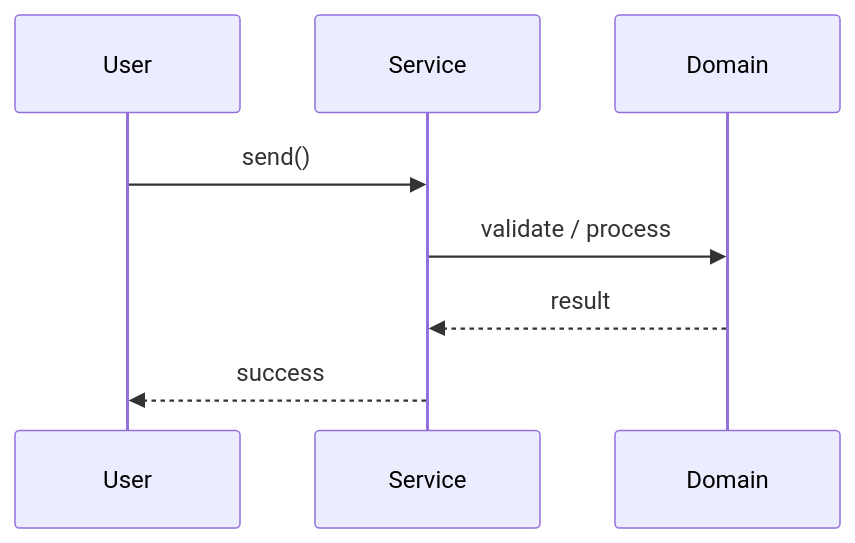
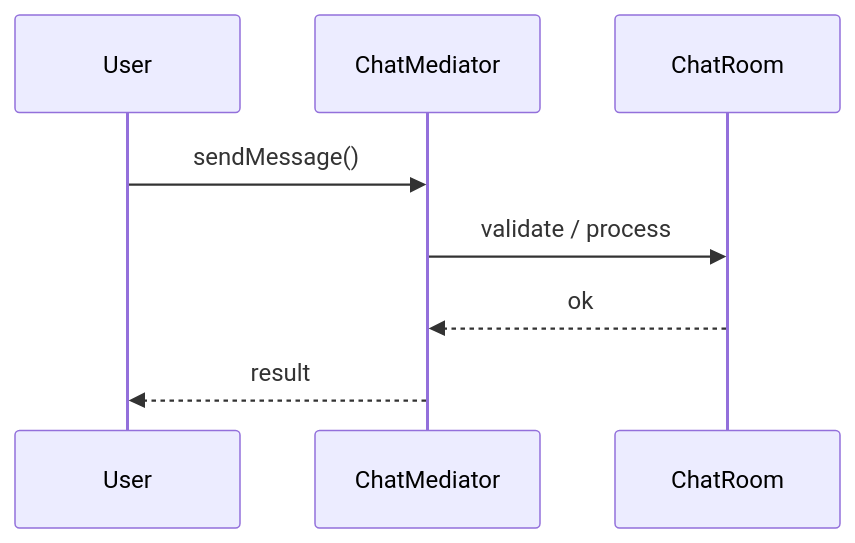
The second of 3 diagrams in Learn/System Design - Low Level Design/03-design-patterns/questions/Q19-mediator-chat-room.md (madhupaila/Interview-Prep-SSE), drawn with Mermaid before and after one commit. The commit also changed other lines of this file and 491 other files, not shown here.

````diff
--- a/Learn/System Design - Low Level Design/03-design-patterns/questions/Q19-mediator-chat-room.md
+++ b/Learn/System Design - Low Level Design/03-design-patterns/questions/Q19-mediator-chat-room.md
@@ -120,10 +144,10 @@
 ```mermaid
 sequenceDiagram
-    participant U as User
-    participant S as Service
-    participant D as Domain
-    U->>S: send()
-    S->>D: validate / process
-    D-->>S: result
-    S-->>U: success
+participant U as User
+participant S as ChatMediator
+participant D as ChatRoom
+U->>S: sendMessage()
+S->>D: validate / process
+D-->>S: ok
+S-->>U: result
 ```
````
